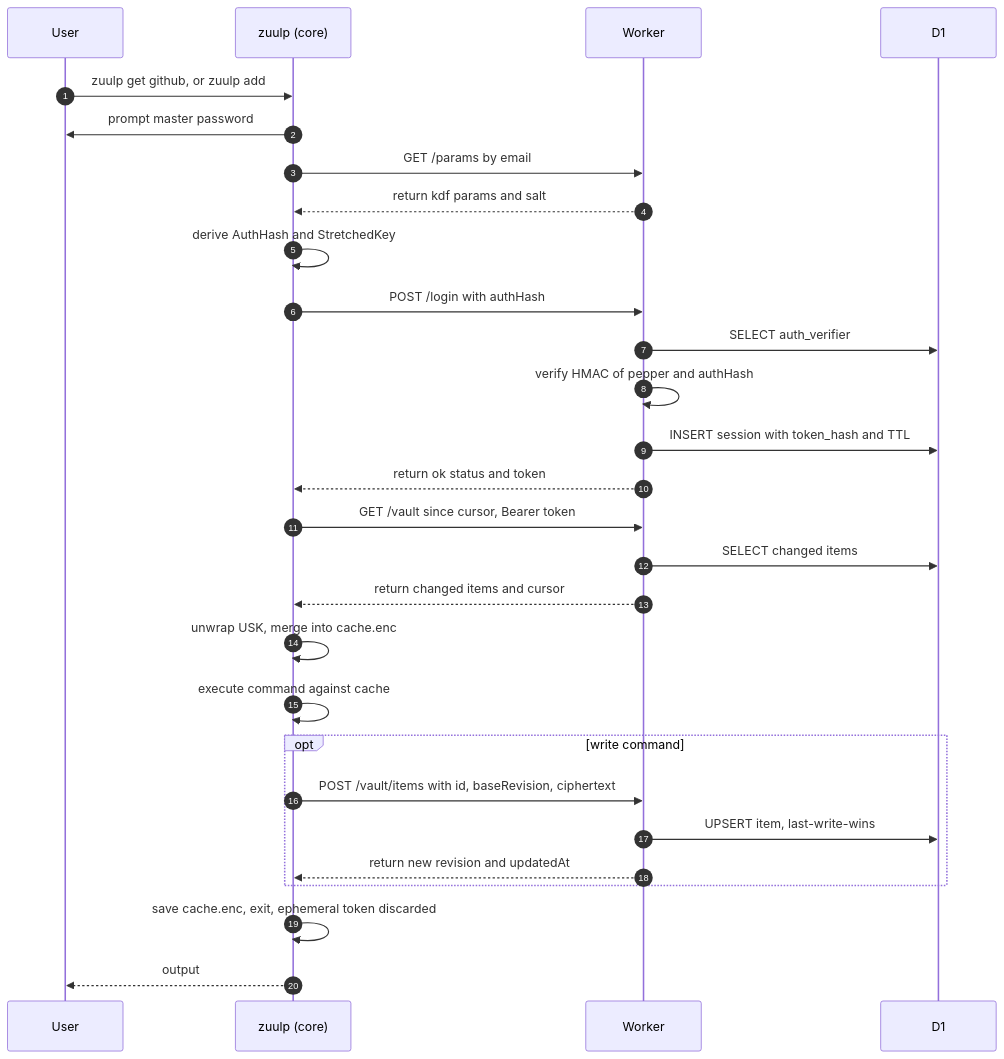
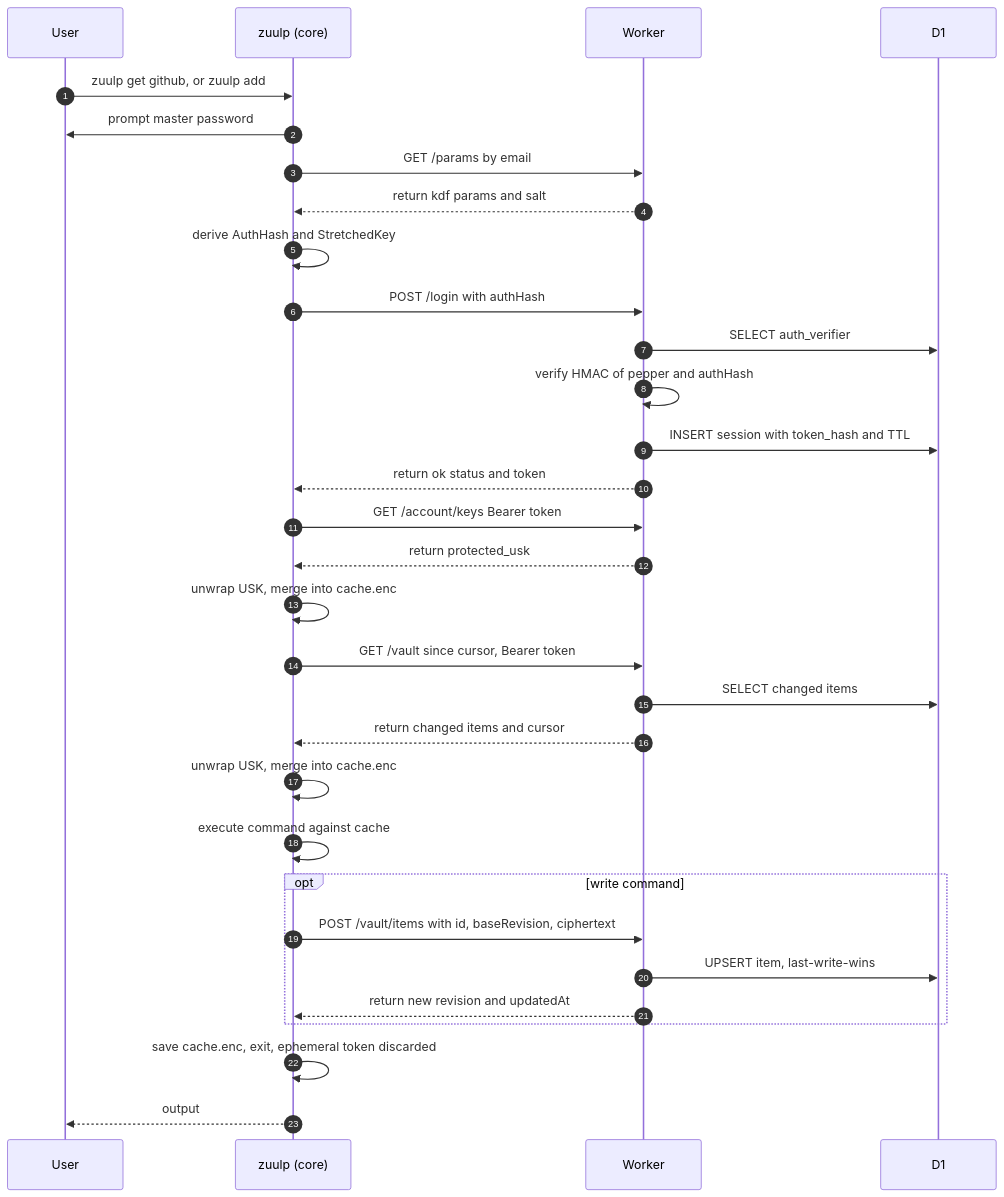
The fourth of 10 diagrams in docs/architecture.md (carlomorelli/zuulpass), drawn with Mermaid before and after one commit. The commit also changed other lines of this file and 29 other files, not shown here.

````diff
--- a/docs/architecture.md
+++ b/docs/architecture.md
@@ -260,31 +270,34 @@
 ```mermaid
 sequenceDiagram
   autonumber
   participant U as User
   participant CLI as zuulp (core)
   participant W as Worker
   participant D1 as D1
 
   U->>CLI: zuulp get github, or zuulp add
   CLI->>U: prompt master password
   CLI->>W: GET /params by email
   W-->>CLI: return kdf params and salt
   CLI->>CLI: derive AuthHash and StretchedKey
   CLI->>W: POST /login with authHash
   W->>D1: SELECT auth_verifier
   W->>W: verify HMAC of pepper and authHash
   W->>D1: INSERT session with token_hash and TTL
   W-->>CLI: return ok status and token
+  CLI->>W: GET /account/keys Bearer token
+  W-->>CLI: return protected_usk
+  CLI->>CLI: unwrap USK, merge into cache.enc
   CLI->>W: GET /vault since cursor, Bearer token
   W->>D1: SELECT changed items
   W-->>CLI: return changed items and cursor
   CLI->>CLI: unwrap USK, merge into cache.enc
   CLI->>CLI: execute command against cache
   opt write command
     CLI->>W: POST /vault/items with id, baseRevision, ciphertext
     W->>D1: UPSERT item, last-write-wins
     W-->>CLI: return new revision and updatedAt
   end
   CLI->>CLI: save cache.enc, exit, ephemeral token discarded
   CLI-->>U: output
 ```
````
